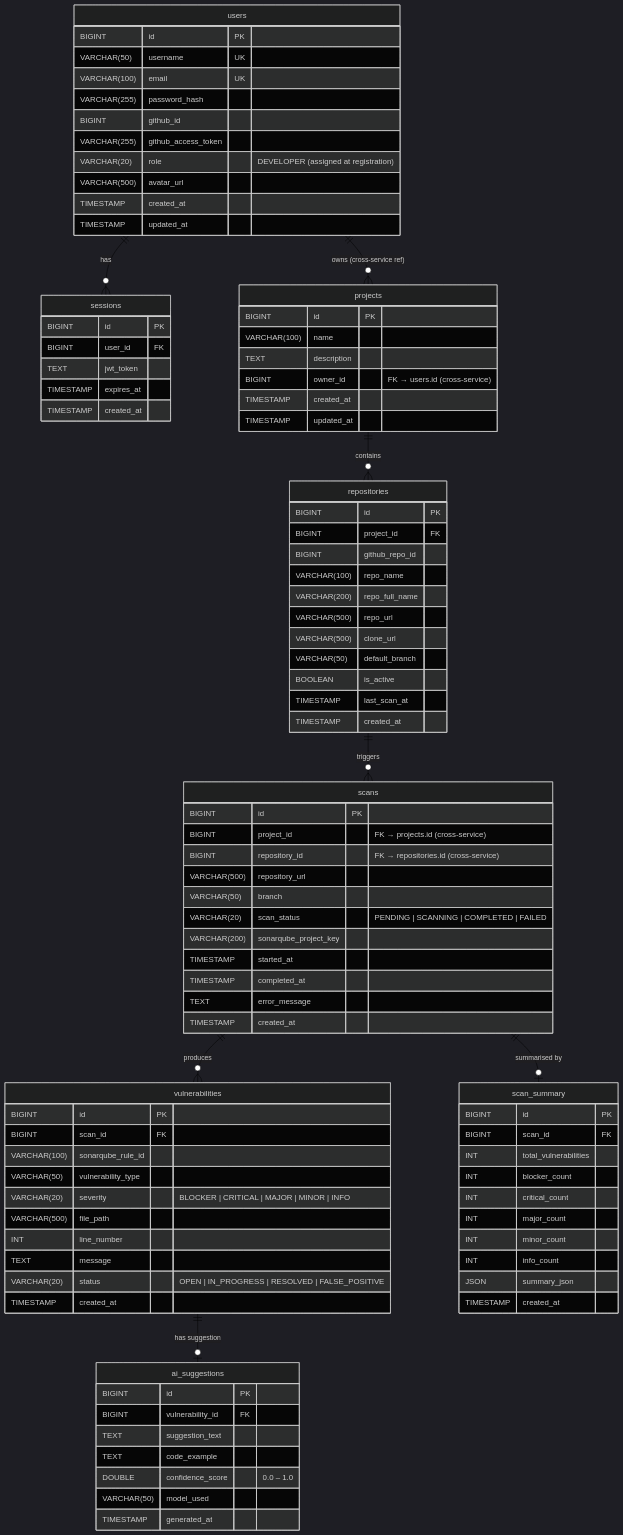
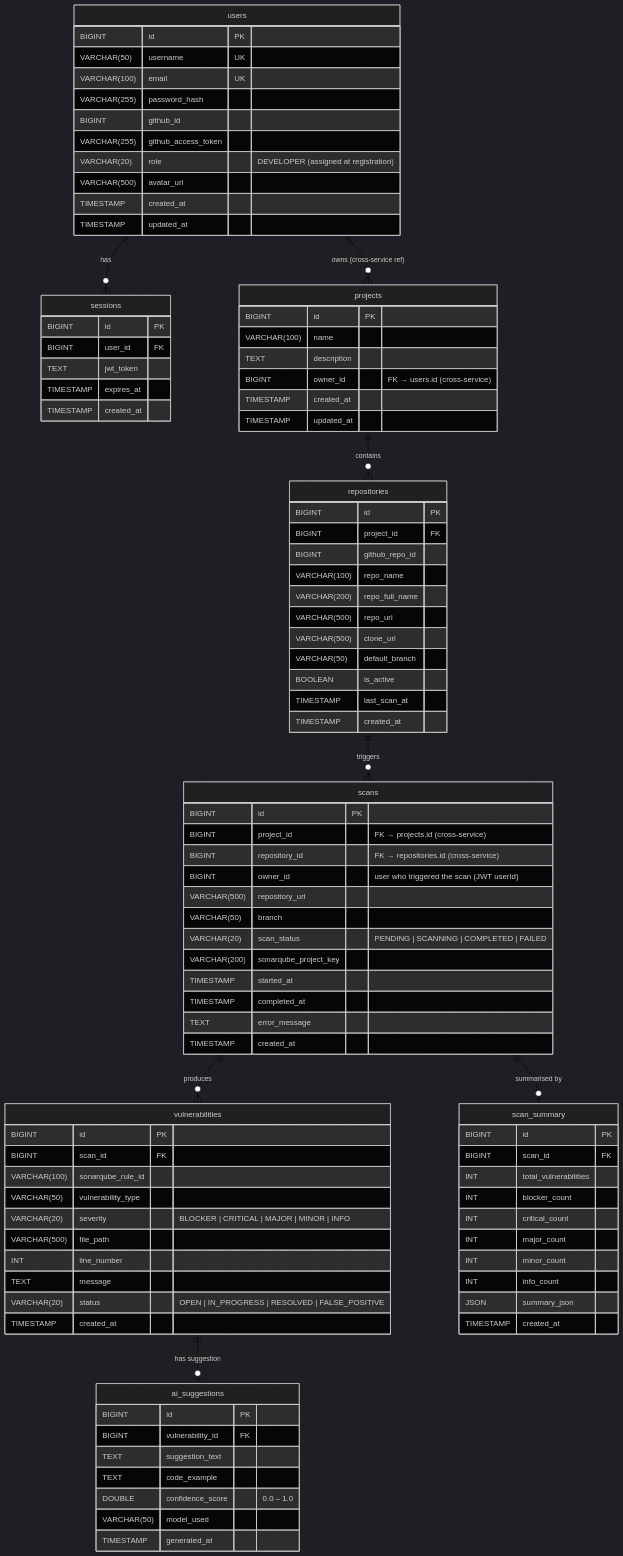
One commit to kaldrake/NUSISS_ProjectManagementPortal changed the diagram in docs/Entity Relation.mermaid. Above: the diagram before and after it, drawn with Mermaid. The commit also changed 15 other files, not shown here.

Commit message:
changed default model and diagrams

```diff
--- a/docs/Entity Relation.mermaid
+++ b/docs/Entity Relation.mermaid
@@ -1,108 +1,109 @@
 %%{init: {'theme': 'dark', 'themeVariables': {'lineColor': '#000000', 'edgeLabelBackground': '#ffffff'}}}%%
 erDiagram
 
     %% ── Login Service DB ──────────────────────────────
     users {
         BIGINT      id              PK
         VARCHAR(50) username        UK
         VARCHAR(100) email          UK
         VARCHAR(255) password_hash
         BIGINT      github_id
         VARCHAR(255) github_access_token
         VARCHAR(20) role            "DEVELOPER (assigned at registration)"
         VARCHAR(500) avatar_url
         TIMESTAMP   created_at
         TIMESTAMP   updated_at
     }
 
     sessions {
         BIGINT    id          PK
         BIGINT    user_id     FK
         TEXT      jwt_token
         TIMESTAMP expires_at
         TIMESTAMP created_at
     }
 
     %% ── Project Service DB ────────────────────────────
     projects {
         BIGINT      id          PK
         VARCHAR(100) name
         TEXT        description
         BIGINT      owner_id    "FK → users.id (cross-service)"
         TIMESTAMP   created_at
         TIMESTAMP   updated_at
     }
 
     repositories {
         BIGINT      id              PK
         BIGINT      project_id      FK
         BIGINT      github_repo_id
         VARCHAR(100) repo_name
         VARCHAR(200) repo_full_name
         VARCHAR(500) repo_url
         VARCHAR(500) clone_url
         VARCHAR(50) default_branch
         BOOLEAN     is_active
         TIMESTAMP   last_scan_at
         TIMESTAMP   created_at
     }
 
     %% ── Scan Service DB ───────────────────────────────
     scans {
         BIGINT      id                  PK
         BIGINT      project_id          "FK → projects.id (cross-service)"
         BIGINT      repository_id       "FK → repositories.id (cross-service)"
+        BIGINT      owner_id            "user who triggered the scan (JWT userId)"
         VARCHAR(500) repository_url
         VARCHAR(50) branch
         VARCHAR(20) scan_status         "PENDING | SCANNING | COMPLETED | FAILED"
         VARCHAR(200) sonarqube_project_key
         TIMESTAMP   started_at
         TIMESTAMP   completed_at
         TEXT        error_message
         TIMESTAMP   created_at
     }
 
     vulnerabilities {
         BIGINT      id                  PK
         BIGINT      scan_id             FK
         VARCHAR(100) sonarqube_rule_id
         VARCHAR(50) vulnerability_type
         VARCHAR(20) severity            "BLOCKER | CRITICAL | MAJOR | MINOR | INFO"
         VARCHAR(500) file_path
         INT         line_number
         TEXT        message
         VARCHAR(20) status              "OPEN | IN_PROGRESS | RESOLVED | FALSE_POSITIVE"
         TIMESTAMP   created_at
     }
 
     ai_suggestions {
         BIGINT      id              PK
         BIGINT      vulnerability_id FK
         TEXT        suggestion_text
         TEXT        code_example
         DOUBLE      confidence_score "0.0 – 1.0"
         VARCHAR(50) model_used
         TIMESTAMP   generated_at
     }
 
     scan_summary {
         BIGINT  id                  PK
         BIGINT  scan_id             FK
         INT     total_vulnerabilities
         INT     blocker_count
         INT     critical_count
         INT     major_count
         INT     minor_count
         INT     info_count
         JSON    summary_json
         TIMESTAMP created_at
     }
 
     %% ── Relationships ─────────────────────────────────
     users           ||--o{ sessions          : "has"
     users           ||--o{ projects          : "owns (cross-service ref)"
     projects        ||--o{ repositories      : "contains"
     repositories    ||--o{ scans             : "triggers"
     scans           ||--o{ vulnerabilities   : "produces"
     scans           ||--o|  scan_summary     : "summarised by"
     vulnerabilities ||--o|  ai_suggestions   : "has suggestion"
```
